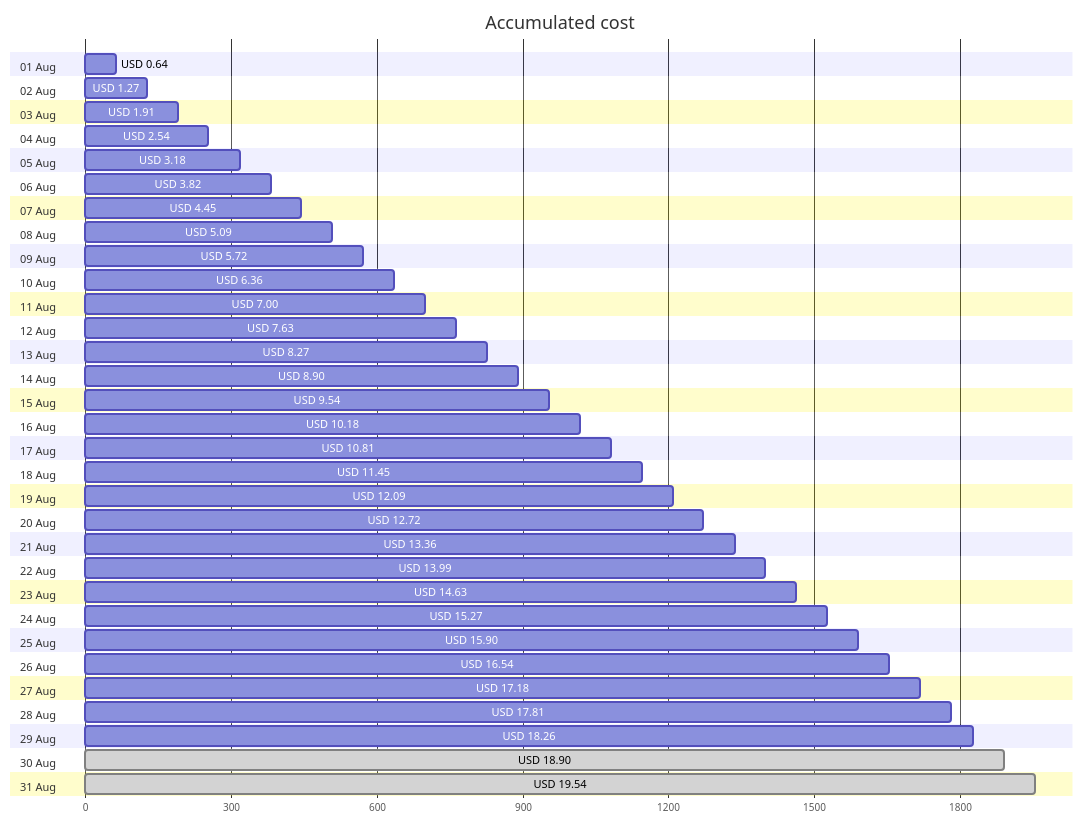
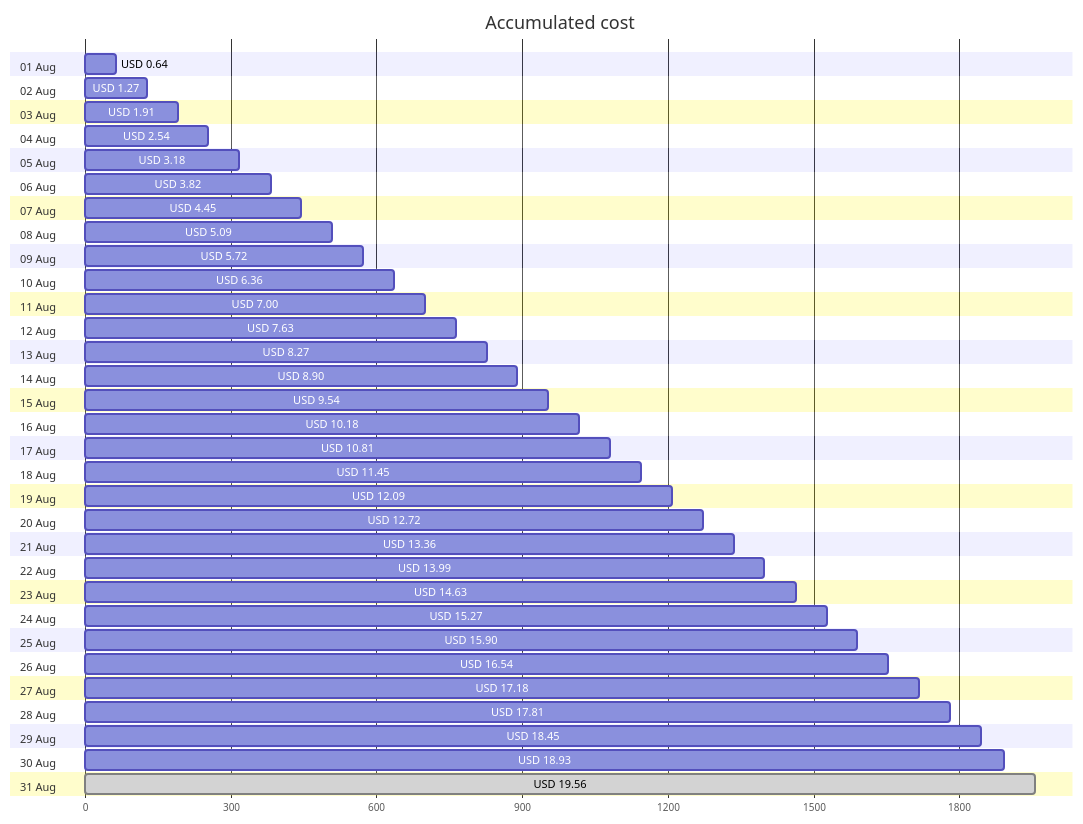
Before and after one commit to jpfulton/azure-personal-reports: the first of 4 diagrams in cost-reports/accumulated-cost.md, drawn with Mermaid. The commit also changed other lines of this file and 4 other files, not shown here.

````diff
--- a/cost-reports/accumulated-cost.md
+++ b/cost-reports/accumulated-cost.md
@@ -20,68 +20,68 @@
 ```mermaid
 gantt
    title Accumulated cost
    dateFormat  X
    axisFormat %s
    section 01 Aug
    USD 0.64 :0, 64
    section 02 Aug
    USD 1.27 :0, 127
    section 03 Aug
    USD 1.91 :0, 191
    section 04 Aug
    USD 2.54 :0, 254
    section 05 Aug
    USD 3.18 :0, 318
    section 06 Aug
    USD 3.82 :0, 382
    section 07 Aug
    USD 4.45 :0, 445
    section 08 Aug
    USD 5.09 :0, 509
    section 09 Aug
    USD 5.72 :0, 572
    section 10 Aug
    USD 6.36 :0, 636
    section 11 Aug
    USD 7.00 :0, 700
    section 12 Aug
    USD 7.63 :0, 763
    section 13 Aug
    USD 8.27 :0, 827
    section 14 Aug
    USD 8.90 :0, 890
    section 15 Aug
    USD 9.54 :0, 954
    section 16 Aug
    USD 10.18 :0, 1018
    section 17 Aug
    USD 10.81 :0, 1081
    section 18 Aug
    USD 11.45 :0, 1145
    section 19 Aug
    USD 12.09 :0, 1209
    section 20 Aug
    USD 12.72 :0, 1272
    section 21 Aug
    USD 13.36 :0, 1336
    section 22 Aug
    USD 13.99 :0, 1399
    section 23 Aug
    USD 14.63 :0, 1463
    section 24 Aug
    USD 15.27 :0, 1527
    section 25 Aug
    USD 15.90 :0, 1590
    section 26 Aug
    USD 16.54 :0, 1654
    section 27 Aug
    USD 17.18 :0, 1718
    section 28 Aug
    USD 17.81 :0, 1781
    section 29 Aug
-   USD 18.26 :0, 1826
+   USD 18.45 :0, 1845
    section 30 Aug
-   USD 18.90 : done, 0, 1890
+   USD 18.93 :0, 1893
    section 31 Aug
-   USD 19.54 : done, 0, 1954
+   USD 19.56 : done, 0, 1956
 ```
````
